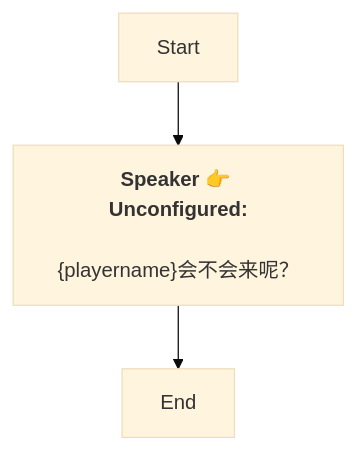
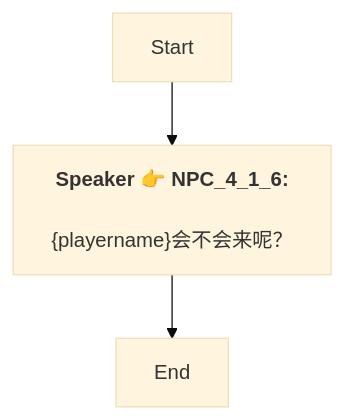
The diagram in Zh/Dialog_54730038098114.md (SoftHu/tos_avg), drawn with Mermaid (base theme) before and after one commit. The commit also changed 737 other files, not shown here.

````diff
--- a/Zh/Dialog_54730038098114.md
+++ b/Zh/Dialog_54730038098114.md
@@ -1,8 +1,7 @@
 ```mermaid
 graph
-Start -->1751363297787173[<b>Speaker 👉 Unconfigured:</b>
-
-&lbrace;playername&rbrace;会不会来呢？]
+Start -->1751363297787173[<b>Speaker 👉 NPC_4_1_6:</b>
+\n&lbrace;playername&rbrace;会不会来呢？]
 1751363297787173 -->1751363310852391[End]
 
- ```
+```
````
